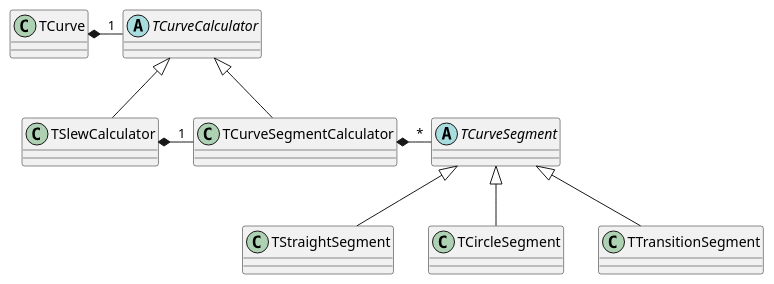
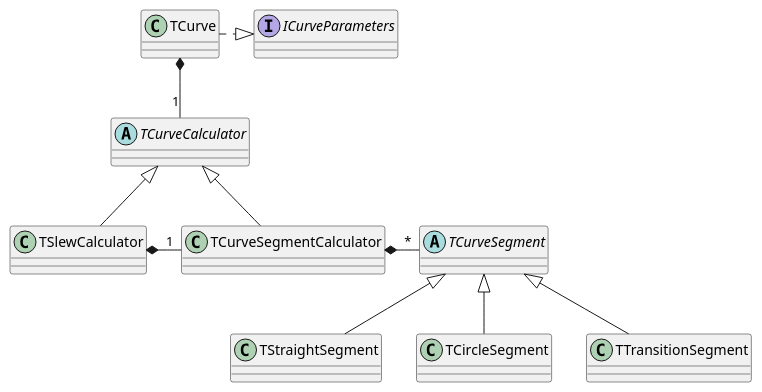
One commit to openTemplot/openTemplot changed the diagram in docs/curves.adoc. Above: the diagram before and after it, drawn with PlantUML. The commit also changed other lines of this file, not shown here.

```diff
--- a/docs/curves.adoc
+++ b/docs/curves.adoc
@@ -17,23 +17,25 @@
 [plantuml, diagram-classes, png]
 ....
 class TCurve
+interface ICurveParameters
 abstract class TCurveCalculator
 class TSlewCalculator
 class TCurveSegmentCalculator
 
 abstract class TCurveSegment
 class TStraightSegment
 class TCircleSegment
 class TTransitionSegment
 
-TCurve *- "1" TCurveCalculator
+TCurve *-- "1" TCurveCalculator
+TCurve .|> ICurveParameters
 TCurveCalculator <|-- TSlewCalculator
 TCurveCalculator <|-- TCurveSegmentCalculator
 
 TSlewCalculator *- "1" TCurveSegmentCalculator
 
 TCurveSegmentCalculator *- "*" TCurveSegment
 TCurveSegment <|-- TStraightSegment
 TCurveSegment <|-- TCircleSegment
 TCurveSegment <|-- TTransitionSegment
 ....
```
